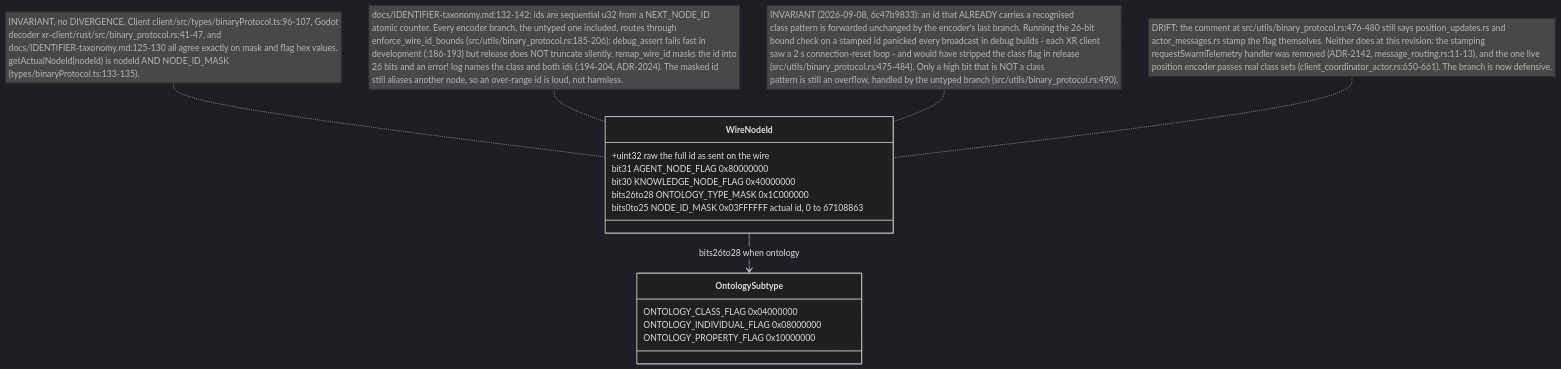
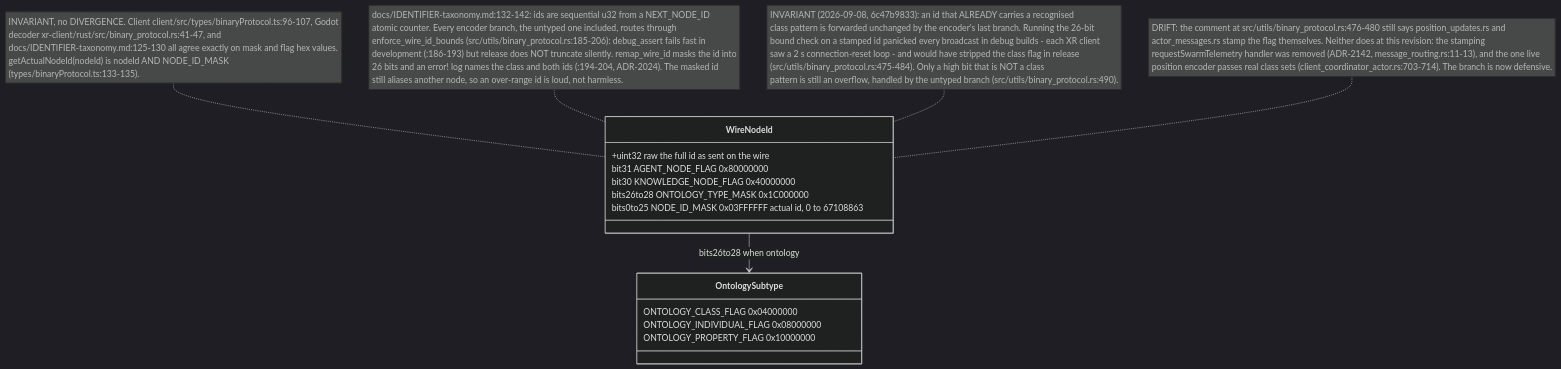
Before and after one commit to DreamLab-AI/VisionFlow: the sixth of 15 diagrams in docs/diagrams/visionclaw/32-client-websocket-and-binary.md, drawn with Mermaid (dark theme). The commit also changed other lines of this file and 81 other files, not shown here.

First line of the commit message:
docs(diagrams): roll VisionClaw topics to main 010e1109b (PR 37 and 38 merged); fix remaining prose citations

````diff
--- a/docs/diagrams/visionclaw/32-client-websocket-and-binary.md
+++ b/docs/diagrams/visionclaw/32-client-websocket-and-binary.md
@@ -312,20 +312,20 @@
 ```mermaid
 classDiagram
     class WireNodeId {
       +uint32 raw  the full id as sent on the wire
       bit31 AGENT_NODE_FLAG 0x80000000
       bit30 KNOWLEDGE_NODE_FLAG 0x40000000
       bits26to28 ONTOLOGY_TYPE_MASK 0x1C000000
       bits0to25 NODE_ID_MASK 0x03FFFFFF  actual id, 0 to 67108863
     }
     class OntologySubtype {
       ONTOLOGY_CLASS_FLAG 0x04000000
       ONTOLOGY_INDIVIDUAL_FLAG 0x08000000
       ONTOLOGY_PROPERTY_FLAG 0x10000000
     }
     WireNodeId --> OntologySubtype : bits26to28 when ontology
     note for WireNodeId "INVARIANT, no DIVERGENCE. Client client/src/types/binaryProtocol.ts:96-107, Godot<br/>decoder xr-client/rust/src/binary_protocol.rs:41-47, and<br/>docs/IDENTIFIER-taxonomy.md:125-130 all agree exactly on mask and flag hex values.<br/>getActualNodeId(nodeId) is nodeId AND NODE_ID_MASK<br/>(types/binaryProtocol.ts:133-135)."
     note for WireNodeId "docs/IDENTIFIER-taxonomy.md:132-142: ids are sequential u32 from a NEXT_NODE_ID<br/>atomic counter. Every encoder branch, the untyped one included, routes through<br/>enforce_wire_id_bounds (src/utils/binary_protocol.rs:185-206): debug_assert fails fast in<br/>development (:186-193) but release does NOT truncate silently. remap_wire_id masks the id into<br/>26 bits and an error! log names the class and both ids (:194-204, ADR-2024). The masked id<br/>still aliases another node, so an over-range id is loud, not harmless."
     note for WireNodeId "INVARIANT (2026-09-08, 6c47b9833): an id that ALREADY carries a recognised<br/>class pattern is forwarded unchanged by the encoder's last branch. Running the 26-bit<br/>bound check on a stamped id panicked every broadcast in debug builds - each XR client<br/>saw a 2 s connection-reset loop - and would have stripped the class flag in release<br/>(src/utils/binary_protocol.rs:475-484). Only a high bit that is NOT a class<br/>pattern is still an overflow, handled by the untyped branch (src/utils/binary_protocol.rs:490)."
-    note for WireNodeId "DRIFT: the comment at src/utils/binary_protocol.rs:476-480 still says position_updates.rs and<br/>actor_messages.rs stamp the flag themselves. Neither does at this revision: the stamping<br/>requestSwarmTelemetry handler was removed (ADR-2142, message_routing.rs:11-13), and the one live<br/>position encoder passes real class sets (client_coordinator_actor.rs:650-661). The branch is now defensive."
+    note for WireNodeId "DRIFT: the comment at src/utils/binary_protocol.rs:476-480 still says position_updates.rs and<br/>actor_messages.rs stamp the flag themselves. Neither does at this revision: the stamping<br/>requestSwarmTelemetry handler was removed (ADR-2142, message_routing.rs:11-13), and the one live<br/>position encoder passes real class sets (client_coordinator_actor.rs:703-714). The branch is now defensive."
 ```
````
